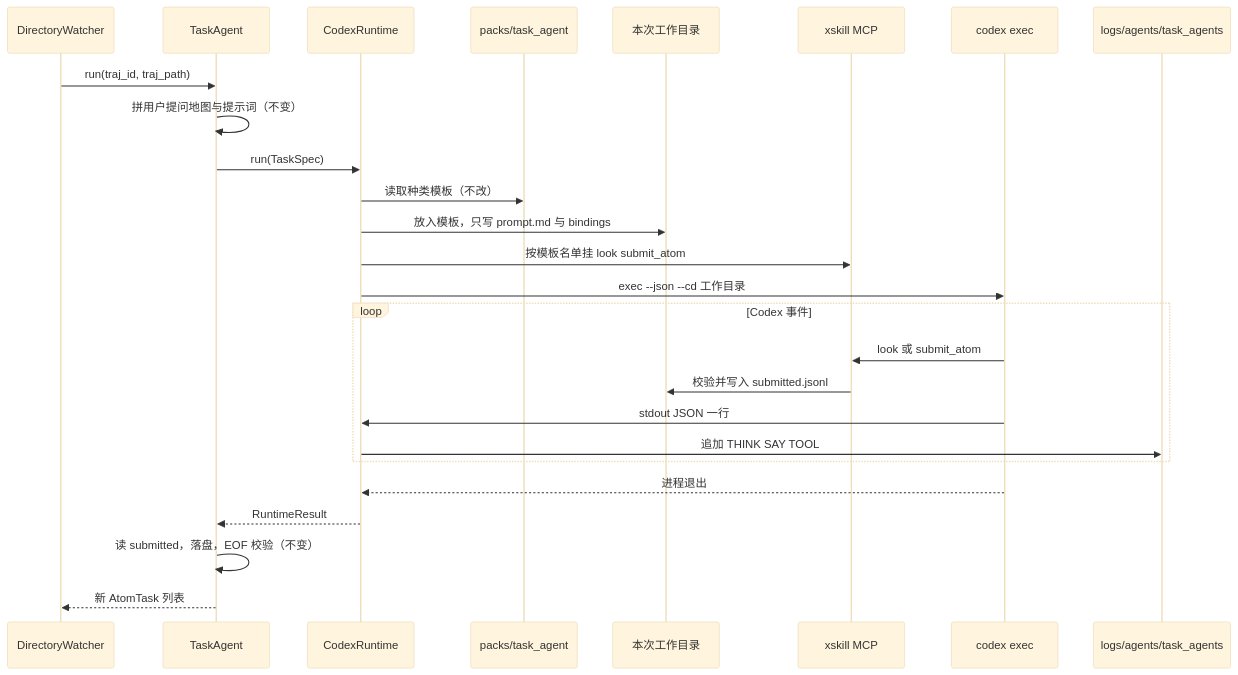
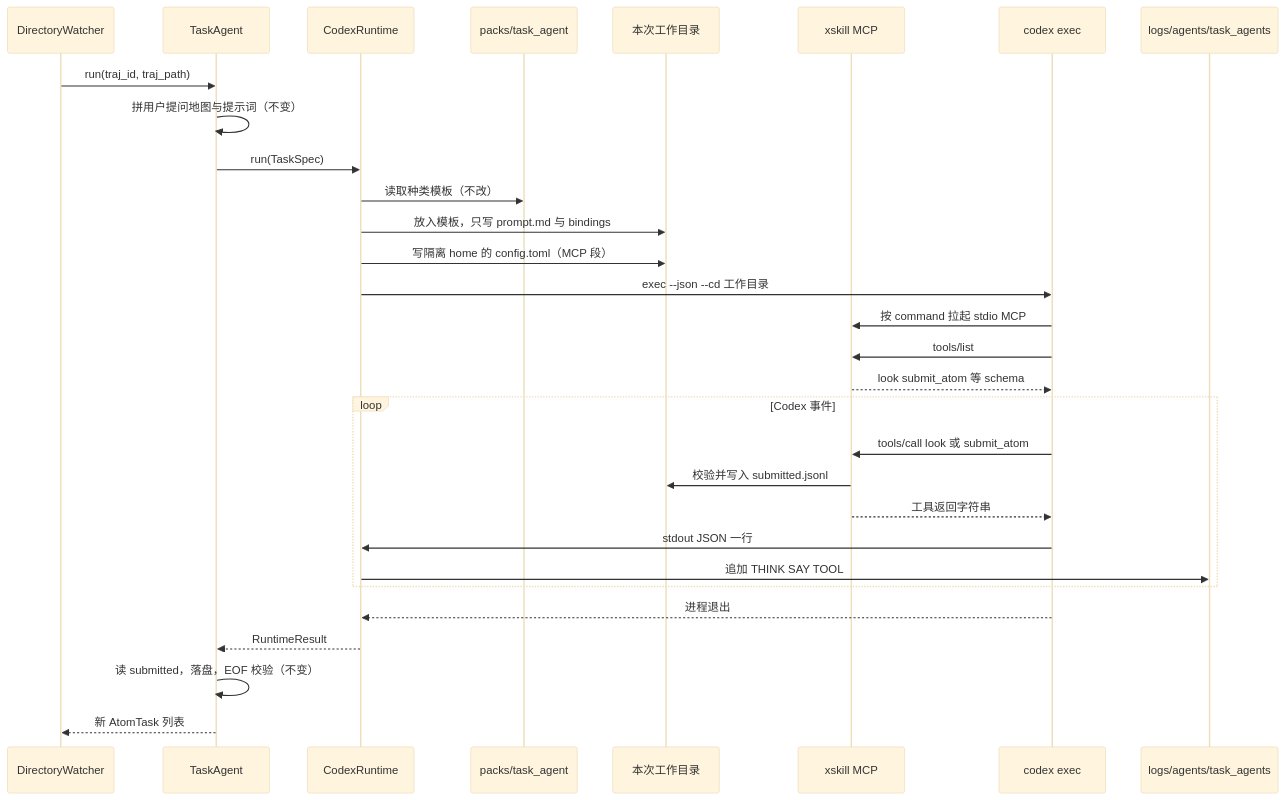
Before and after one commit to SkillNerds/xskill: the fourth of 7 diagrams in docs/plans/2026-09-01-codex-execution-kernel.md, drawn with Mermaid (base theme). The commit also changed other lines of this file, not shown here.

First line of the commit message:
docs: 补上蒸馏工具经 MCP 注入的设计

````diff
--- a/docs/plans/2026-09-01-codex-execution-kernel.md
+++ b/docs/plans/2026-09-01-codex-execution-kernel.md
@@ -285,29 +300,33 @@
 ```mermaid
 sequenceDiagram
     participant W as DirectoryWatcher
     participant TA as TaskAgent
     participant R as CodexRuntime
     participant Tpl as packs/task_agent
     participant P as 本次工作目录
     participant M as xskill MCP
     participant C as codex exec
     participant L as logs/agents/task_agents
 
     W->>TA: run(traj_id, traj_path)
     TA->>TA: 拼用户提问地图与提示词（不变）
     TA->>R: run(TaskSpec)
     R->>Tpl: 读取种类模板（不改）
     R->>P: 放入模板，只写 prompt.md 与 bindings
-    R->>M: 按模板名单挂 look submit_atom
+    R->>P: 写隔离 home 的 config.toml（MCP 段）
     R->>C: exec --json --cd 工作目录
+    C->>M: 按 command 拉起 stdio MCP
+    C->>M: tools/list
+    M-->>C: look submit_atom 等 schema
     loop Codex 事件
-        C->>M: look 或 submit_atom
+        C->>M: tools/call look 或 submit_atom
         M->>P: 校验并写入 submitted.jsonl
+        M-->>C: 工具返回字符串
         C->>R: stdout JSON 一行
         R->>L: 追加 THINK SAY TOOL
     end
     C-->>R: 进程退出
     R-->>TA: RuntimeResult
     TA->>TA: 读 submitted，落盘，EOF 校验（不变）
     TA-->>W: 新 AtomTask 列表
 ```
````
